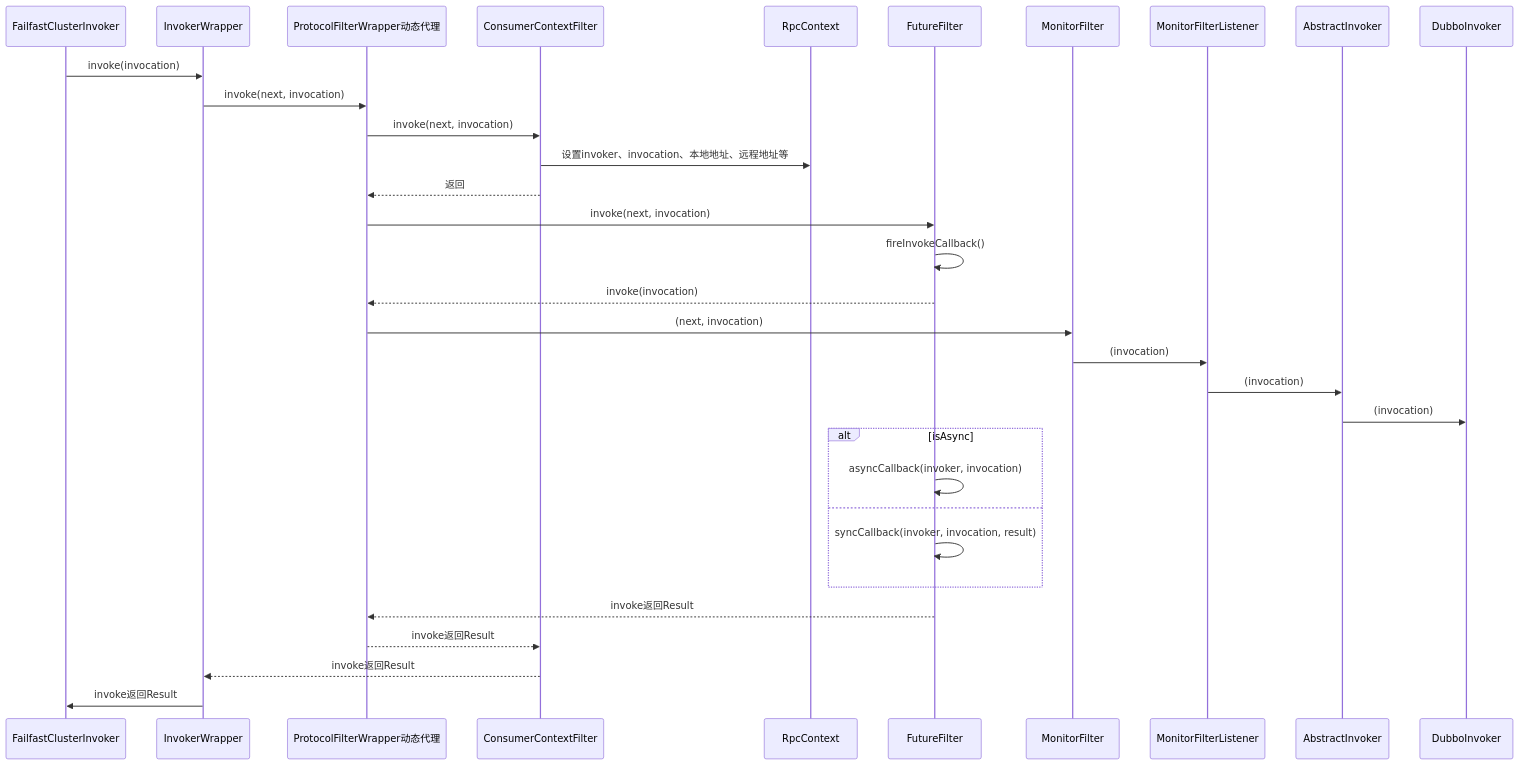
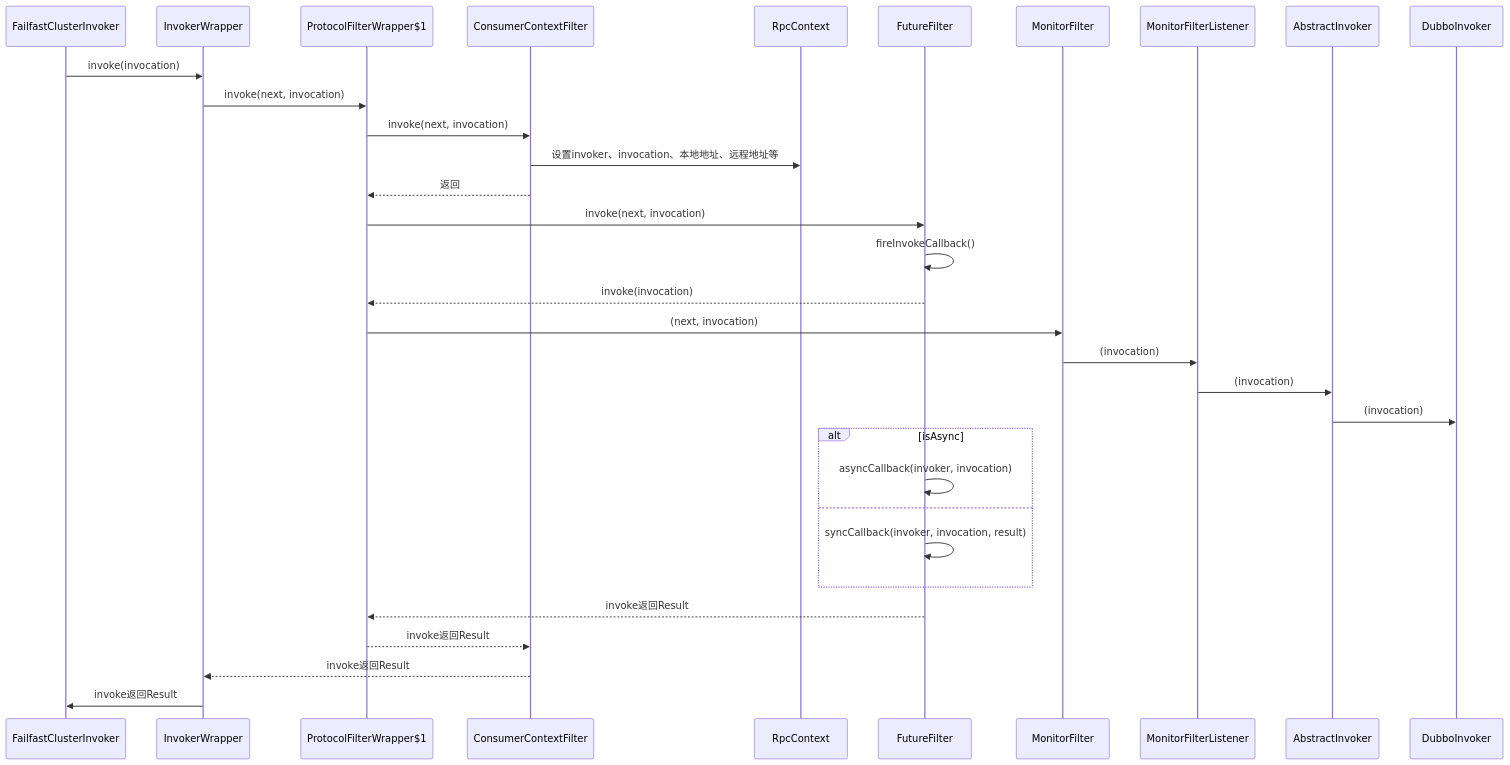
Before and after one commit to onlyonion/development: the third of 4 diagrams in 30-distributed/src/dubbo/rpc/proxy.InvokerInvocationHandler.md, drawn with Mermaid. The commit also changed other lines of this file and 2 other files, not shown here.

````diff
--- a/30-distributed/src/dubbo/rpc/proxy.InvokerInvocationHandler.md
+++ b/30-distributed/src/dubbo/rpc/proxy.InvokerInvocationHandler.md
@@ -47,37 +47,37 @@
 ```mermaid
 sequenceDiagram
     %% 集群策略 快速失败
     FailfastClusterInvoker->>InvokerWrapper:invoke(invocation)
-    InvokerWrapper->>ProtocolFilterWrapper动态代理:invoke(next, invocation)
+    InvokerWrapper->>ProtocolFilterWrapper$1:invoke(next, invocation)
     
-    ProtocolFilterWrapper动态代理->>ConsumerContextFilter:invoke(next, invocation)
+    ProtocolFilterWrapper$1->>ConsumerContextFilter:invoke(next, invocation)
     ConsumerContextFilter->>RpcContext:设置invoker、invocation、本地地址、远程地址等
-    ConsumerContextFilter-->>ProtocolFilterWrapper动态代理:返回
+    ConsumerContextFilter-->>ProtocolFilterWrapper$1:返回
     
     %% future
-    ProtocolFilterWrapper动态代理->>FutureFilter:invoke(next, invocation)
+    ProtocolFilterWrapper$1->>FutureFilter:invoke(next, invocation)
     FutureFilter->>FutureFilter:fireInvokeCallback()
 
-    FutureFilter-->>ProtocolFilterWrapper动态代理:invoke(invocation)
-    ProtocolFilterWrapper动态代理->>MonitorFilter:(next, invocation)
+    FutureFilter-->>ProtocolFilterWrapper$1:invoke(invocation)
+    ProtocolFilterWrapper$1->>MonitorFilter:(next, invocation)
     
     %% 监控器
     MonitorFilter->>MonitorFilterListener:(invocation)
     MonitorFilterListener->>AbstractInvoker:(invocation)
 
     %% dubboinvoker
     AbstractInvoker->>DubboInvoker:(invocation)
     
     %% future同步异步
     alt isAsync
         FutureFilter->>FutureFilter:asyncCallback(invoker, invocation)
     else
         FutureFilter->>FutureFilter:syncCallback(invoker, invocation, result)
     end
 
     %% 返回
-    FutureFilter-->>ProtocolFilterWrapper动态代理:invoke返回Result
-    ProtocolFilterWrapper动态代理-->>ConsumerContextFilter:invoke返回Result
+    FutureFilter-->>ProtocolFilterWrapper$1:invoke返回Result
+    ProtocolFilterWrapper$1-->>ConsumerContextFilter:invoke返回Result
     ConsumerContextFilter-->>InvokerWrapper:invoke返回Result
     InvokerWrapper->>FailfastClusterInvoker:invoke返回Result
 ```
````
